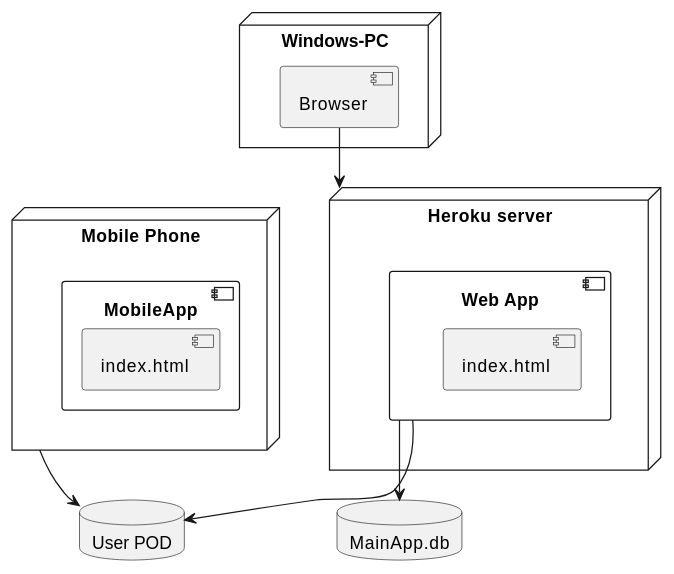
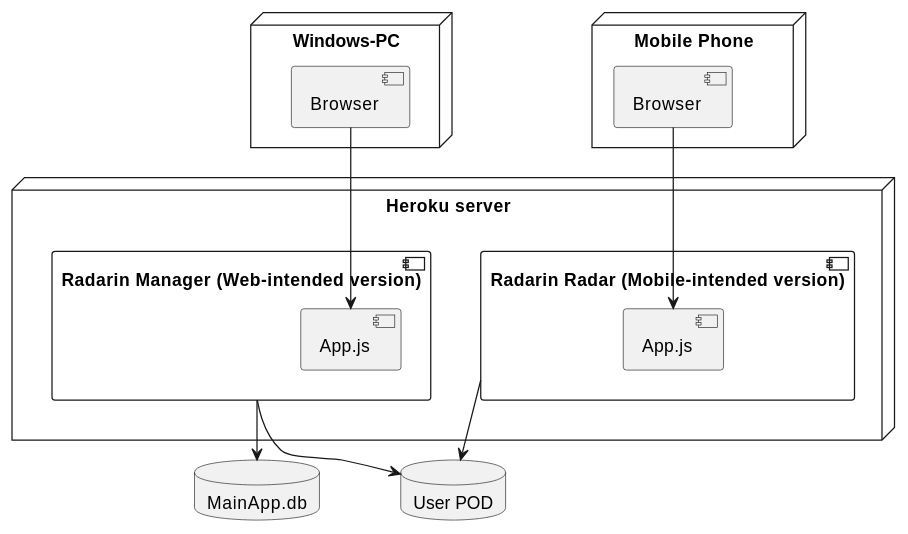
The diagram in webapp/docs/07_deployment_view.adoc (Arquisoft/radarin_en1b), drawn with PlantUML before and after one commit. The commit also changed 1 other file, not shown here.

Commit message:
Updating part 3 and 7 of documentation

```diff
--- a/webapp/docs/07_deployment_view.adoc
+++ b/webapp/docs/07_deployment_view.adoc
@@ -53,32 +53,34 @@
 [plantuml,"Component diagram",png]
 ----
 node "Windows-PC" {
      
-    component [Browser] as Navegador
+    component [Browser] as NavegadorPc
     
  }
 
 node "Heroku server" as MainPage{
-    component "Web App" as MainApp {
-       component [index.html] as MainIndex
+    component "Radarin Manager (Web-intended version)" as MainApp {
+       component [App.js] as MainIndex
     }
-    
+   
+   component "Radarin Radar (Mobile-intended version)" as MobileApp {
+        component [App.js] as MobileIndex
+   }
 }
 
-Navegador --> MainPage
+node "Mobile Phone" as Mobile {
 
-node "Mobile Phone" as Mobile{
-     component "MobileApp" as MobileApp {
-        component [index.html] as MobileIndex
-     }
-     
+  component [Browser] as NavegadorMovil
 }
+
+NavegadorPc --> MainIndex
+NavegadorMovil --> MobileIndex
 
 database "User POD" as UPOD
 
 database "MainApp.db" as MainDatabase
 
 MainApp --> MainDatabase
 MainApp --> UPOD
-Mobile --> UPOD
+MobileApp --> UPOD
 ----
```
